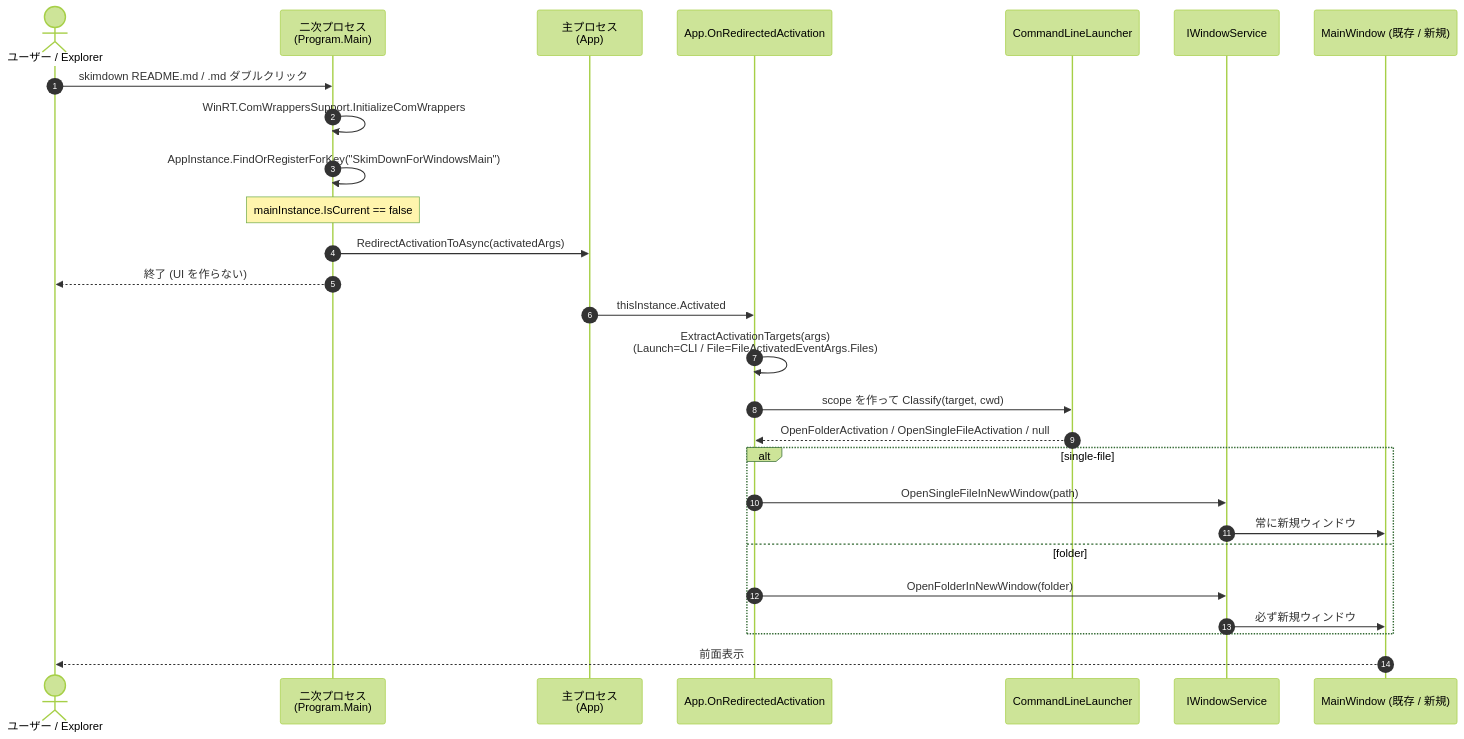
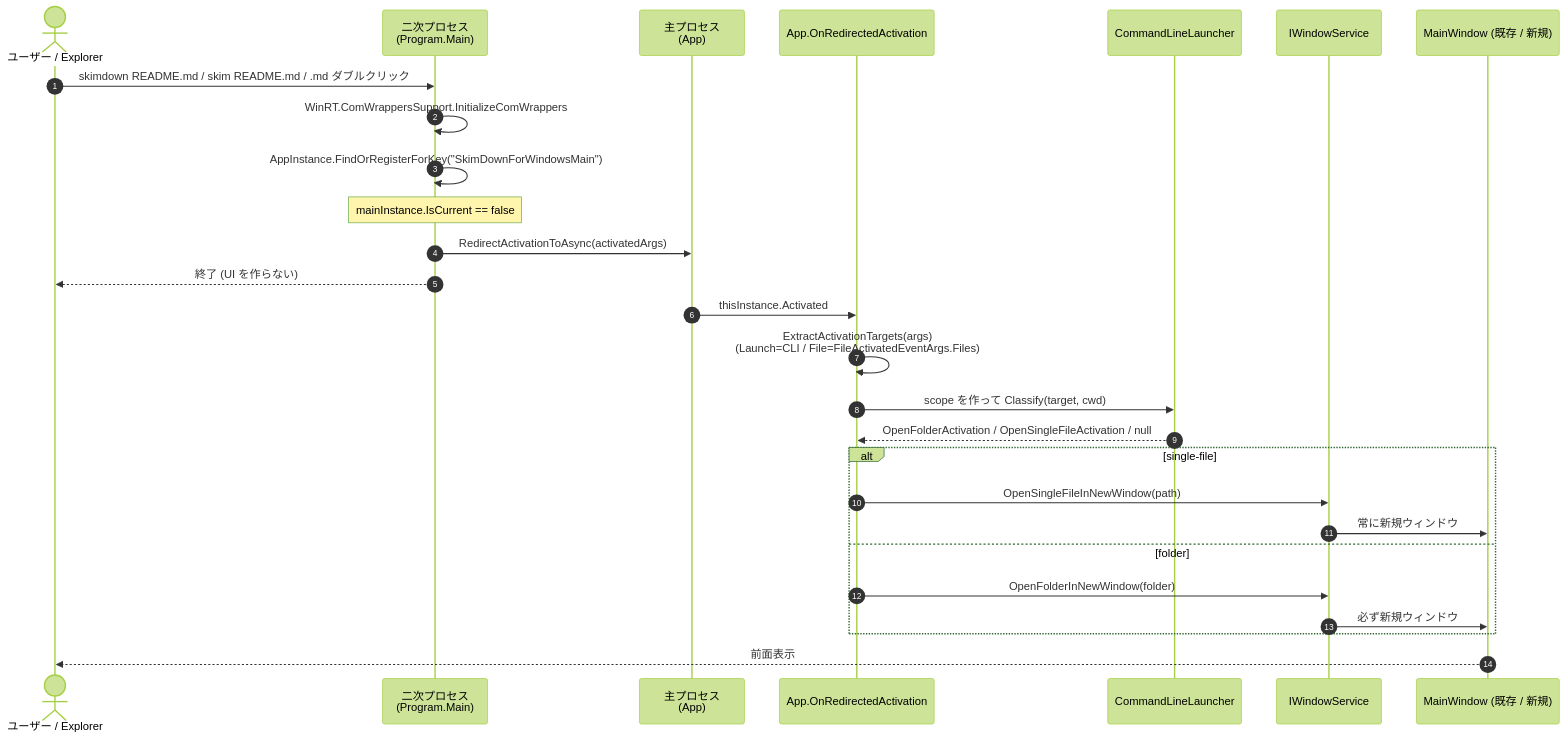
Before and after one commit to runceel/SkimDownForWindows: the diagram in docs/activation-and-single-instance.md, drawn with Mermaid (forest theme). The commit also changed other lines of this file and 6 other files, not shown here.

````diff
--- a/docs/activation-and-single-instance.md
+++ b/docs/activation-and-single-instance.md
@@ -9,30 +9,30 @@
 ```mermaid
 sequenceDiagram
     autonumber
     actor U as ユーザー / Explorer
     participant P2 as 二次プロセス<br/>(Program.Main)
     participant P1 as 主プロセス<br/>(App)
     participant App as App.OnRedirectedActivation
     participant CLI as CommandLineLauncher
     participant WS as IWindowService
     participant W as MainWindow (既存 / 新規)
 
-    U->>P2: skimdown README.md / .md ダブルクリック
+    U->>P2: skimdown README.md / skim README.md / .md ダブルクリック
     P2->>P2: WinRT.ComWrappersSupport.InitializeComWrappers
     P2->>P2: AppInstance.FindOrRegisterForKey("SkimDownForWindowsMain")
     Note over P2: mainInstance.IsCurrent == false
     P2->>P1: RedirectActivationToAsync(activatedArgs)
     P2-->>U: 終了 (UI を作らない)
     P1->>App: thisInstance.Activated
     App->>App: ExtractActivationTargets(args)<br/>(Launch=CLI / File=FileActivatedEventArgs.Files)
     App->>CLI: scope を作って Classify(target, cwd)
     CLI-->>App: OpenFolderActivation / OpenSingleFileActivation / null
     alt single-file
         App->>WS: OpenSingleFileInNewWindow(path)
         WS->>W: 常に新規ウィンドウ
     else folder
         App->>WS: OpenFolderInNewWindow(folder)
         WS->>W: 必ず新規ウィンドウ
     end
     W-->>U: 前面表示
 ```
````
